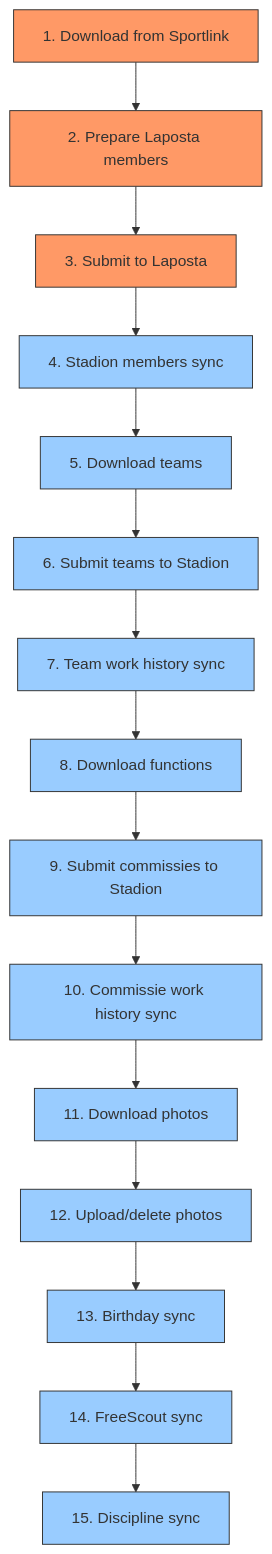
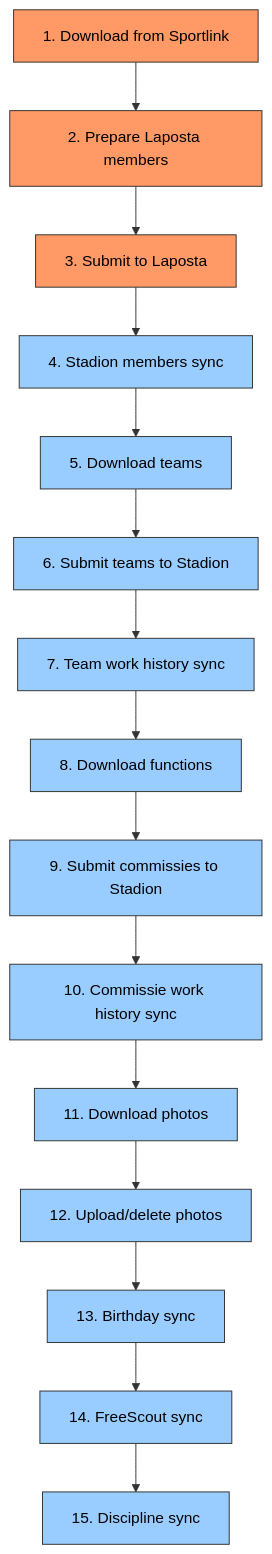
One commit to jdevalk/sportlink-sync changed the ninth of 9 diagrams in docs/sync-architecture.md. Above: the diagram before and after it, drawn with Mermaid.

Commit message:
docs: use black text in full sync order graph for readability

````diff
--- a/docs/sync-architecture.md
+++ b/docs/sync-architecture.md
@@ -478,33 +478,33 @@
 ```mermaid
 graph TD
     A[1. Download from Sportlink] --> B[2. Prepare Laposta members]
     B --> C[3. Submit to Laposta]
     C --> D[4. Stadion members sync]
     D --> E[5. Download teams]
     E --> F[6. Submit teams to Stadion]
     F --> G[7. Team work history sync]
     G --> H[8. Download functions]
     H --> I[9. Submit commissies to Stadion]
     I --> J[10. Commissie work history sync]
     J --> K[11. Download photos]
     K --> L[12. Upload/delete photos]
     L --> M[13. Birthday sync]
     M --> N[14. FreeScout sync]
     N --> O[15. Discipline sync]
 
-    style A fill:#f96,stroke:#333
-    style B fill:#f96,stroke:#333
-    style C fill:#f96,stroke:#333
-    style D fill:#9cf,stroke:#333
-    style E fill:#9cf,stroke:#333
-    style F fill:#9cf,stroke:#333
-    style G fill:#9cf,stroke:#333
-    style H fill:#9cf,stroke:#333
-    style I fill:#9cf,stroke:#333
-    style J fill:#9cf,stroke:#333
-    style K fill:#9cf,stroke:#333
-    style L fill:#9cf,stroke:#333
-    style M fill:#9cf,stroke:#333
-    style N fill:#9cf,stroke:#333
-    style O fill:#9cf,stroke:#333
+    style A fill:#f96,stroke:#333,color:#000
+    style B fill:#f96,stroke:#333,color:#000
+    style C fill:#f96,stroke:#333,color:#000
+    style D fill:#9cf,stroke:#333,color:#000
+    style E fill:#9cf,stroke:#333,color:#000
+    style F fill:#9cf,stroke:#333,color:#000
+    style G fill:#9cf,stroke:#333,color:#000
+    style H fill:#9cf,stroke:#333,color:#000
+    style I fill:#9cf,stroke:#333,color:#000
+    style J fill:#9cf,stroke:#333,color:#000
+    style K fill:#9cf,stroke:#333,color:#000
+    style L fill:#9cf,stroke:#333,color:#000
+    style M fill:#9cf,stroke:#333,color:#000
+    style N fill:#9cf,stroke:#333,color:#000
+    style O fill:#9cf,stroke:#333,color:#000
 ```
````
